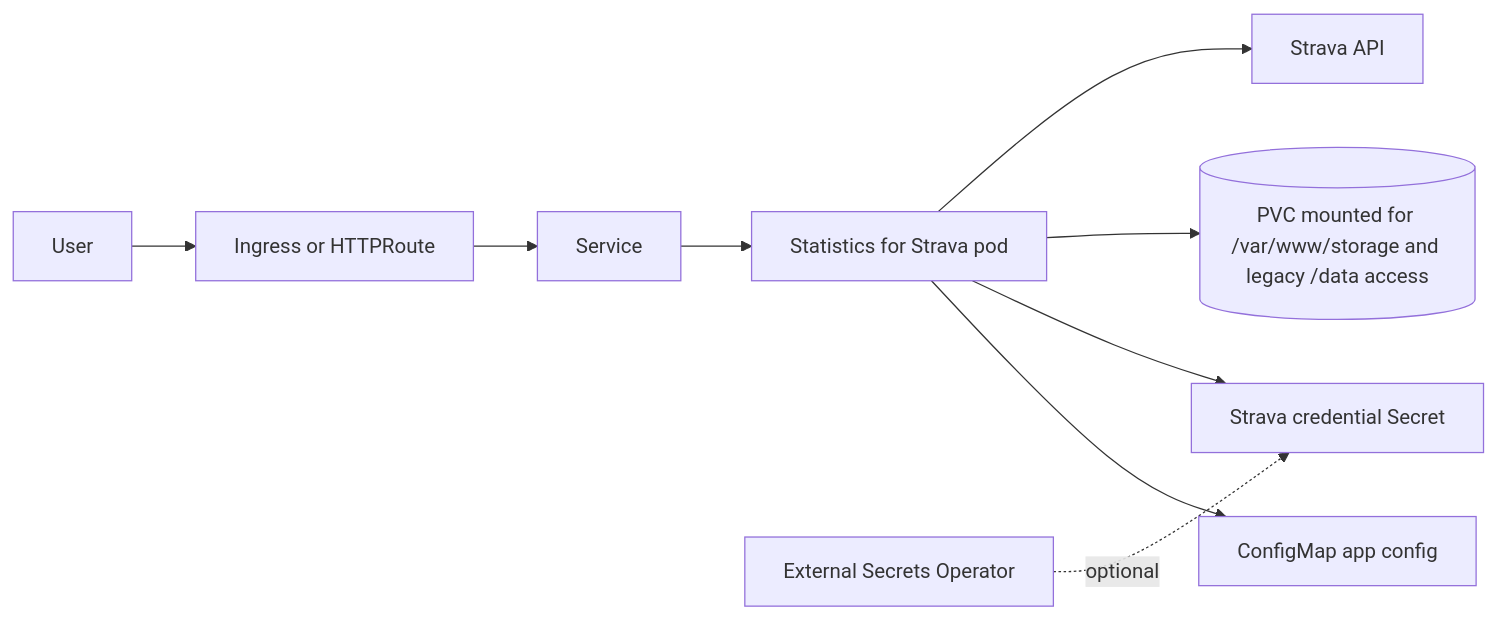
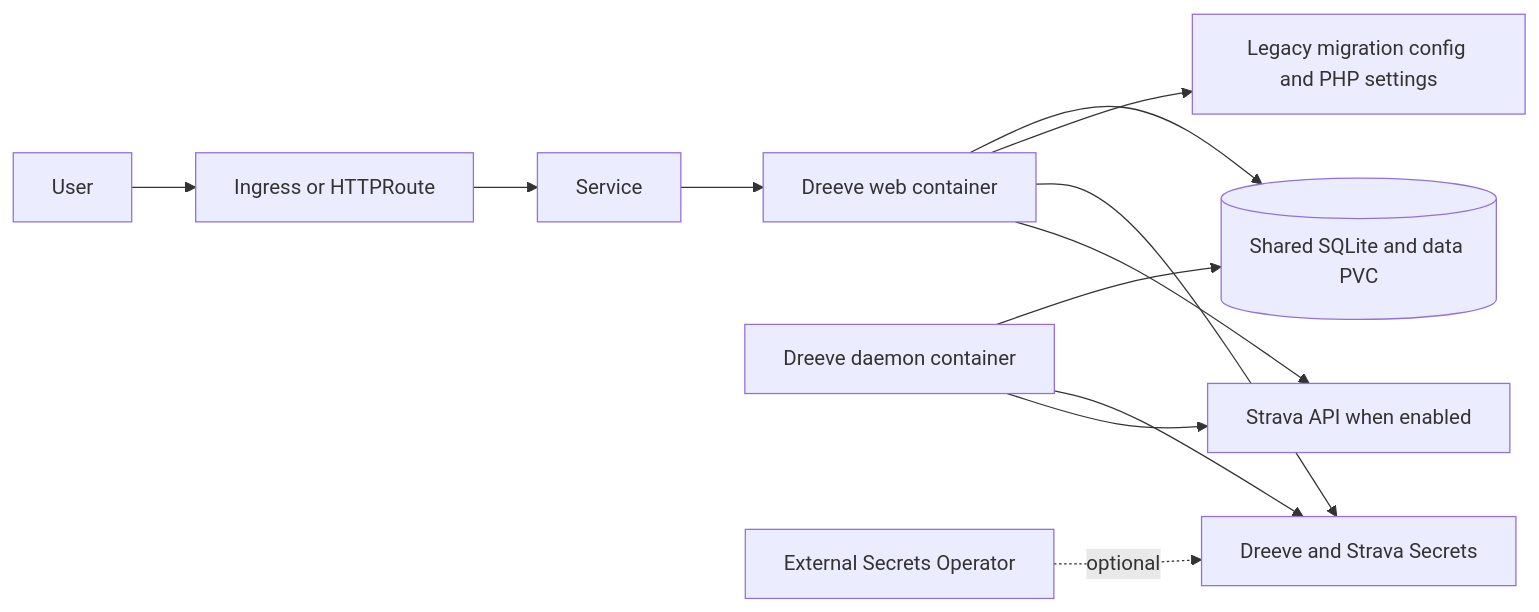
Before and after one commit to helmforgedev/charts: the diagram in charts/strava-statistics/DESIGN.md, drawn with Mermaid. The commit also changed other lines of this file and 23 other files, not shown here.

First line of the commit message:
feat(strava-statistics): migrate runtime to dreeve (#1716)

````diff
--- a/charts/strava-statistics/DESIGN.md
+++ b/charts/strava-statistics/DESIGN.md
@@ -16,11 +20,14 @@
 ```mermaid
 flowchart LR
   user[User] --> ingress[Ingress or HTTPRoute]
   ingress --> svc[Service]
-  svc --> pod[Statistics for Strava pod]
-  pod --> cfg[ConfigMap app config]
-  pod --> secret[Strava credential Secret]
-  pod --> pvc[(PVC mounted for /var/www/storage and legacy /data access)]
+  svc --> app[Dreeve web container]
+  daemon[Dreeve daemon container] --> pvc[(Shared SQLite and data PVC)]
+  app --> pvc
+  app --> cfg[Legacy migration config and PHP settings]
+  app --> secret[Dreeve and Strava Secrets]
+  daemon --> secret
   eso[External Secrets Operator] -. optional .-> secret
-  pod --> strava[Strava API]
+  app --> strava[Strava API when enabled]
+  daemon --> strava
 ```
````
